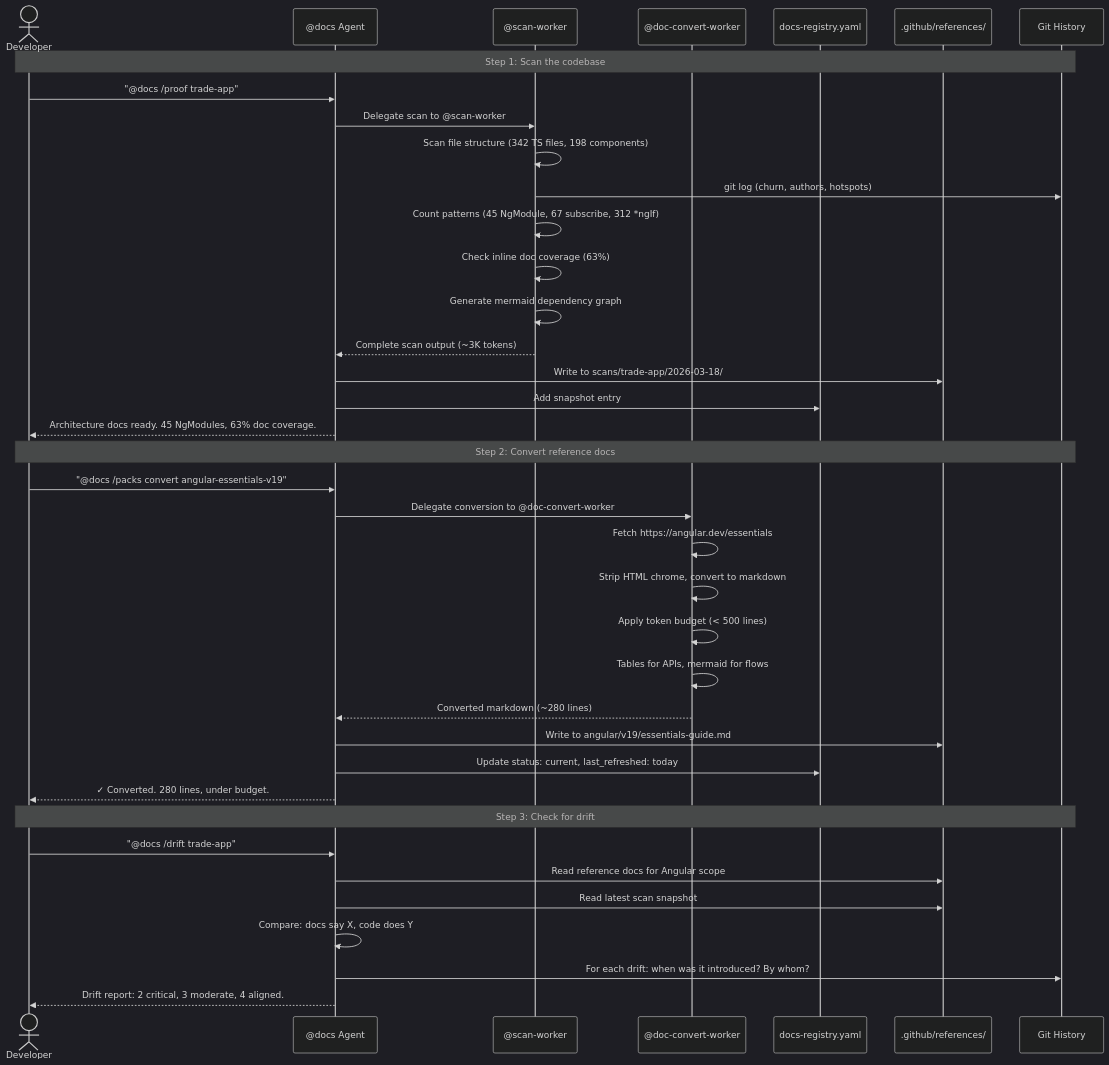
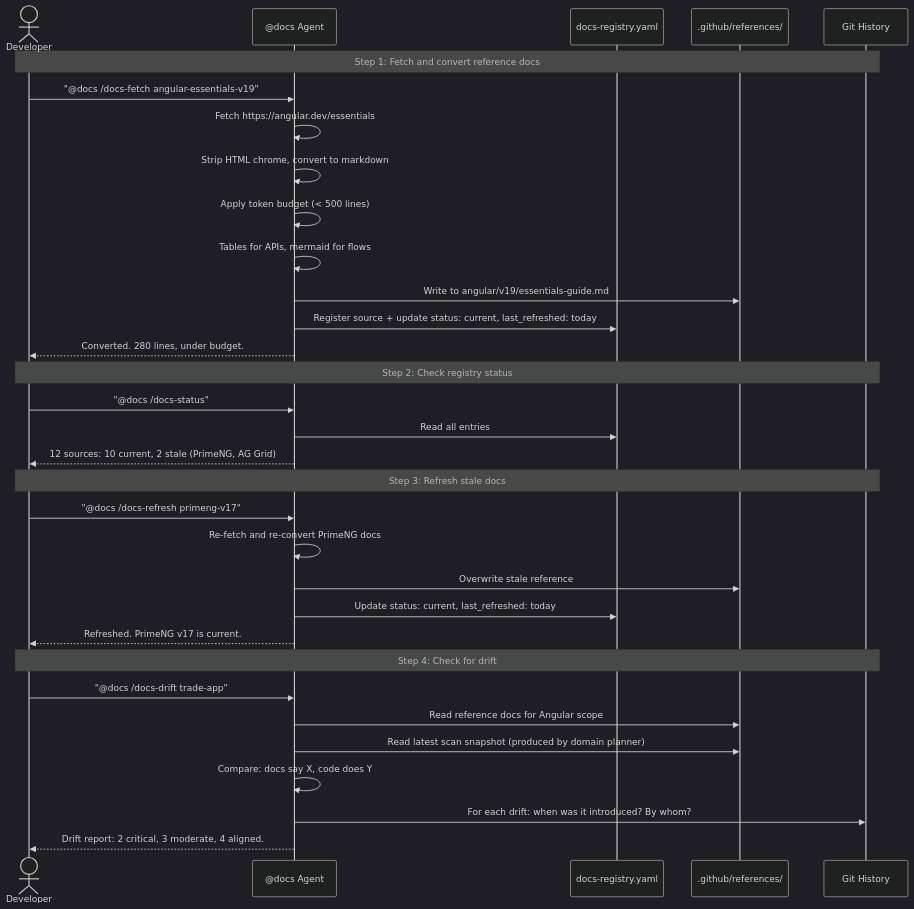
Before and after one commit to oneinthebox/vscode-ghcp-agents: the fourth of 6 diagrams in docs/prd.md, drawn with Mermaid (dark theme). The commit also changed other lines of this file and 11 other files, not shown here.

````diff
--- a/docs/prd.md
+++ b/docs/prd.md
@@ -600,46 +659,42 @@
 ```mermaid
 sequenceDiagram
     actor Dev as Developer
     participant DOC as @docs Agent
-    participant SW as @scan-worker
-    participant CW as @doc-convert-worker
     participant REG as docs-registry.yaml
     participant REF as .github/references/
     participant GIT as Git History
 
-    Note over Dev,GIT: Step 1: Scan the codebase
+    Note over Dev,GIT: Step 1: Fetch and convert reference docs
 
-    Dev->>DOC: "@docs /proof trade-app"
-    DOC->>SW: Delegate scan to @scan-worker
-    SW->>SW: Scan file structure (342 TS files, 198 components)
-    SW->>GIT: git log (churn, authors, hotspots)
-    SW->>SW: Count patterns (45 NgModule, 67 subscribe, 312 *ngIf)
-    SW->>SW: Check inline doc coverage (63%)
-    SW->>SW: Generate mermaid dependency graph
-    SW-->>DOC: Complete scan output (~3K tokens)
-    DOC->>REF: Write to scans/trade-app/2026-03-18/
-    DOC->>REG: Add snapshot entry
-    DOC-->>Dev: Architecture docs ready. 45 NgModules, 63% doc coverage.
+    Dev->>DOC: "@docs /docs-fetch angular-essentials-v19"
+    DOC->>DOC: Fetch https://angular.dev/essentials
+    DOC->>DOC: Strip HTML chrome, convert to markdown
+    DOC->>DOC: Apply token budget (< 500 lines)
+    DOC->>DOC: Tables for APIs, mermaid for flows
+    DOC->>REF: Write to angular/v19/essentials-guide.md
+    DOC->>REG: Register source + update status: current, last_refreshed: today
+    DOC-->>Dev: Converted. 280 lines, under budget.
 
-    Note over Dev,GIT: Step 2: Convert reference docs
+    Note over Dev,GIT: Step 2: Check registry status
 
-    Dev->>DOC: "@docs /packs convert angular-essentials-v19"
-    DOC->>CW: Delegate conversion to @doc-convert-worker
-    CW->>CW: Fetch https://angular.dev/essentials
-    CW->>CW: Strip HTML chrome, convert to markdown
-    CW->>CW: Apply token budget (< 500 lines)
-    CW->>CW: Tables for APIs, mermaid for flows
-    CW-->>DOC: Converted markdown (~280 lines)
-    DOC->>REF: Write to angular/v19/essentials-guide.md
+    Dev->>DOC: "@docs /docs-status"
+    DOC->>REG: Read all entries
+    DOC-->>Dev: 12 sources: 10 current, 2 stale (PrimeNG, AG Grid)
+
+    Note over Dev,GIT: Step 3: Refresh stale docs
+
+    Dev->>DOC: "@docs /docs-refresh primeng-v17"
+    DOC->>DOC: Re-fetch and re-convert PrimeNG docs
+    DOC->>REF: Overwrite stale reference
     DOC->>REG: Update status: current, last_refreshed: today
-    DOC-->>Dev: ✓ Converted. 280 lines, under budget.
+    DOC-->>Dev: Refreshed. PrimeNG v17 is current.
 
-    Note over Dev,GIT: Step 3: Check for drift
+    Note over Dev,GIT: Step 4: Check for drift
 
-    Dev->>DOC: "@docs /drift trade-app"
+    Dev->>DOC: "@docs /docs-drift trade-app"
     DOC->>REF: Read reference docs for Angular scope
-    DOC->>REF: Read latest scan snapshot
+    DOC->>REF: Read latest scan snapshot (produced by domain planner)
     DOC->>DOC: Compare: docs say X, code does Y
     DOC->>GIT: For each drift: when was it introduced? By whom?
     DOC-->>Dev: Drift report: 2 critical, 3 moderate, 4 aligned.
 ```
````
